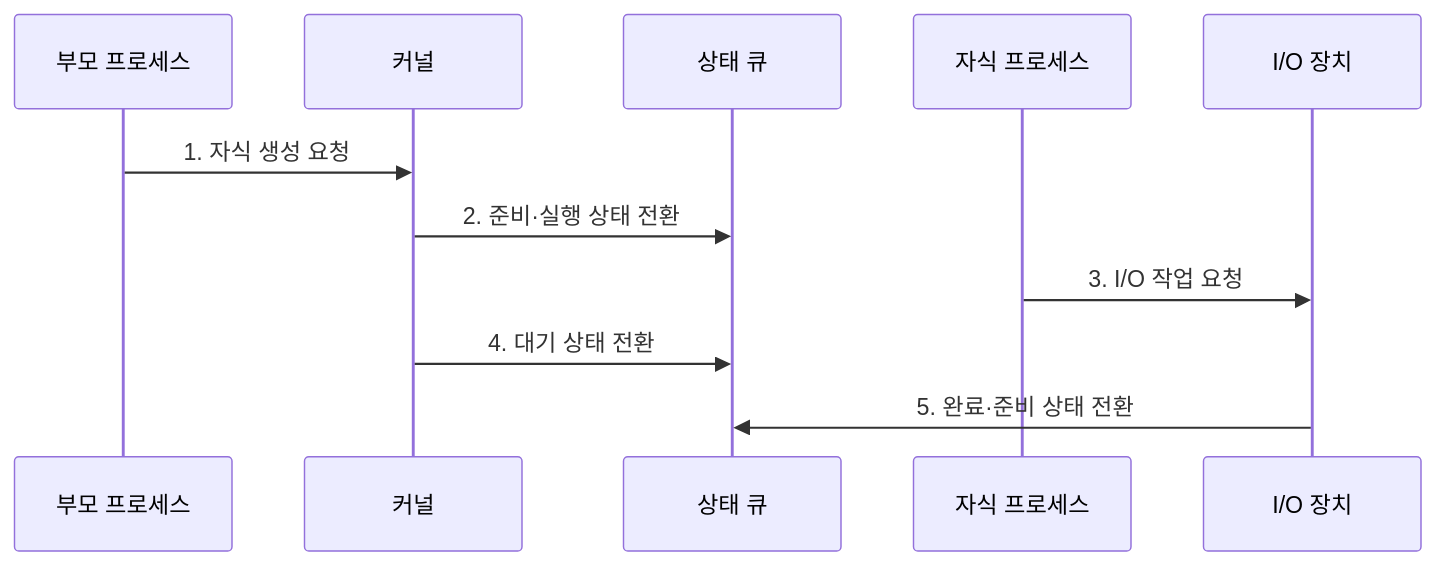
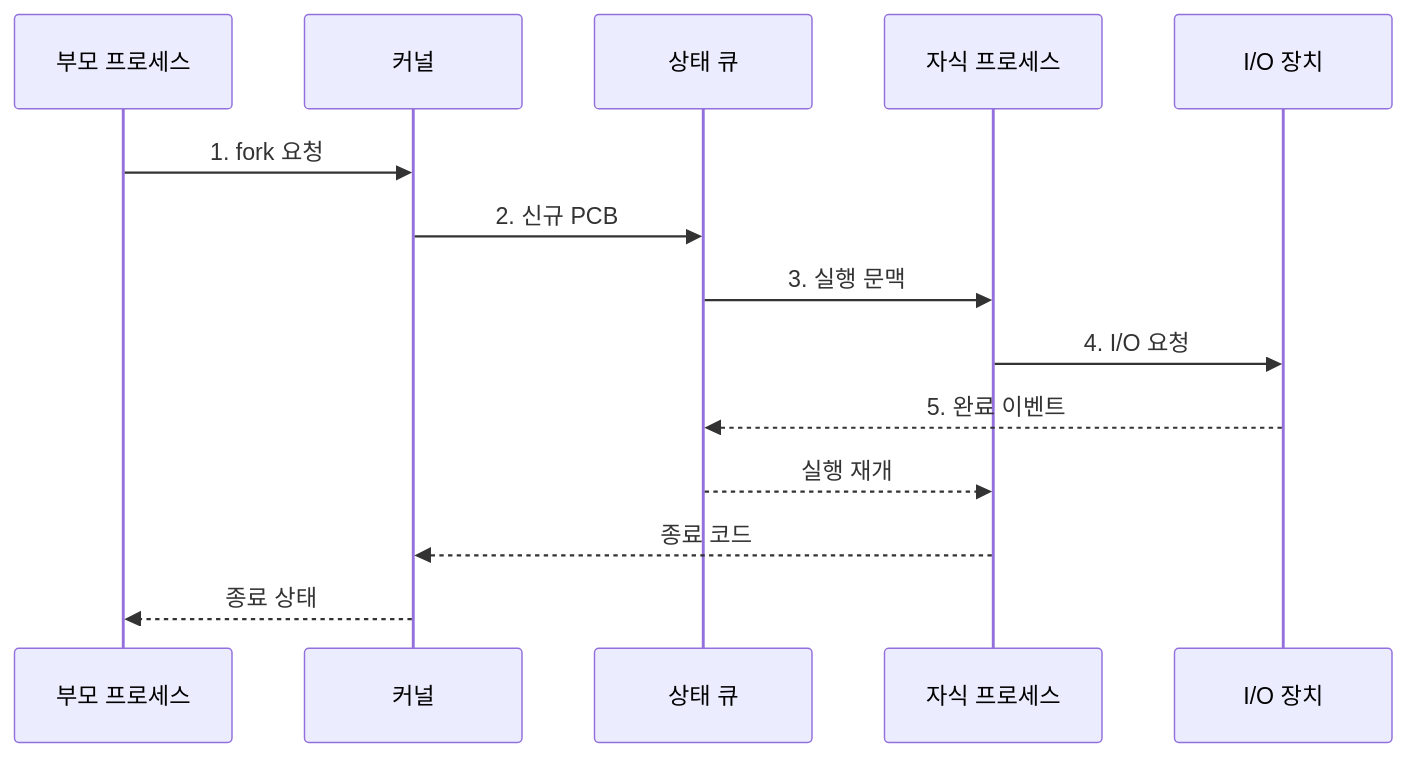
One commit to agnusdei1207/knowledge-base changed the second of 2 diagrams in src/content/docs/notes/03-software/003_process_lifecycle.md. Above: the diagram before and after it, drawn with Mermaid. The commit also changed other lines of this file and 20 other files, not shown here.

````diff
--- a/src/content/docs/notes/03-software/003_process_lifecycle.md
+++ b/src/content/docs/notes/03-software/003_process_lifecycle.md
@@ -90,13 +96,16 @@
 ```mermaid
 sequenceDiagram
     participant H as 부모 프로세스
     participant K as 커널
     participant Q as 상태 큐
     participant C as 자식 프로세스
     participant D as I/O 장치
-    H->>K: 1. 자식 생성 요청
-    K->>Q: 2. 준비·실행 상태 전환
-    C->>D: 3. I/O 작업 요청
-    K->>Q: 4. 대기 상태 전환
-    D->>Q: 5. 완료·준비 상태 전환
+    H->>K: 1. fork 요청
+    K->>Q: 2. 신규 PCB
+    Q->>C: 3. 실행 문맥
+    C->>D: 4. I/O 요청
+    D-->>Q: 5. 완료 이벤트
+    Q-->>C: 실행 재개
+    C-->>K: 종료 코드
+    K-->>H: 종료 상태
 ```
````
